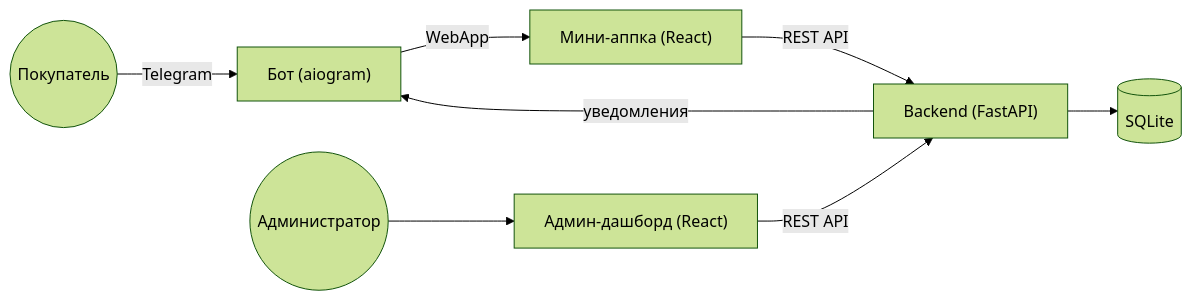
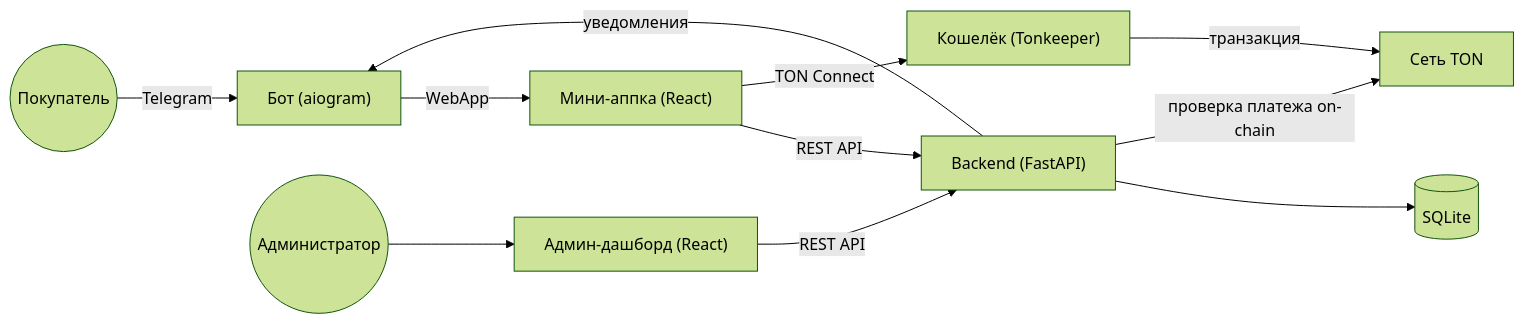
One commit to Ab4kshin/tg-shop-demo changed the diagram in README.md. Above: the diagram before and after it, drawn with Mermaid (forest theme). The commit also changed other lines of this file and 68 other files, not shown here.

````diff
--- a/README.md
+++ b/README.md
@@ -52,10 +58,13 @@
 ```mermaid
 flowchart LR
     U(("Покупатель")) -->|Telegram| Bot["Бот (aiogram)"]
     Bot -->|WebApp| MA["Мини-аппка (React)"]
     MA -->|REST API| API["Backend (FastAPI)"]
+    MA -->|TON Connect| Wallet["Кошелёк (Tonkeeper)"]
+    Wallet -->|транзакция| TON["Сеть TON"]
     Admin(("Администратор")) --> AP["Админ-дашборд (React)"]
     AP -->|REST API| API
     API --> DB[("SQLite")]
+    API -->|проверка платежа on-chain| TON
     API -->|уведомления| Bot
 ```
````
